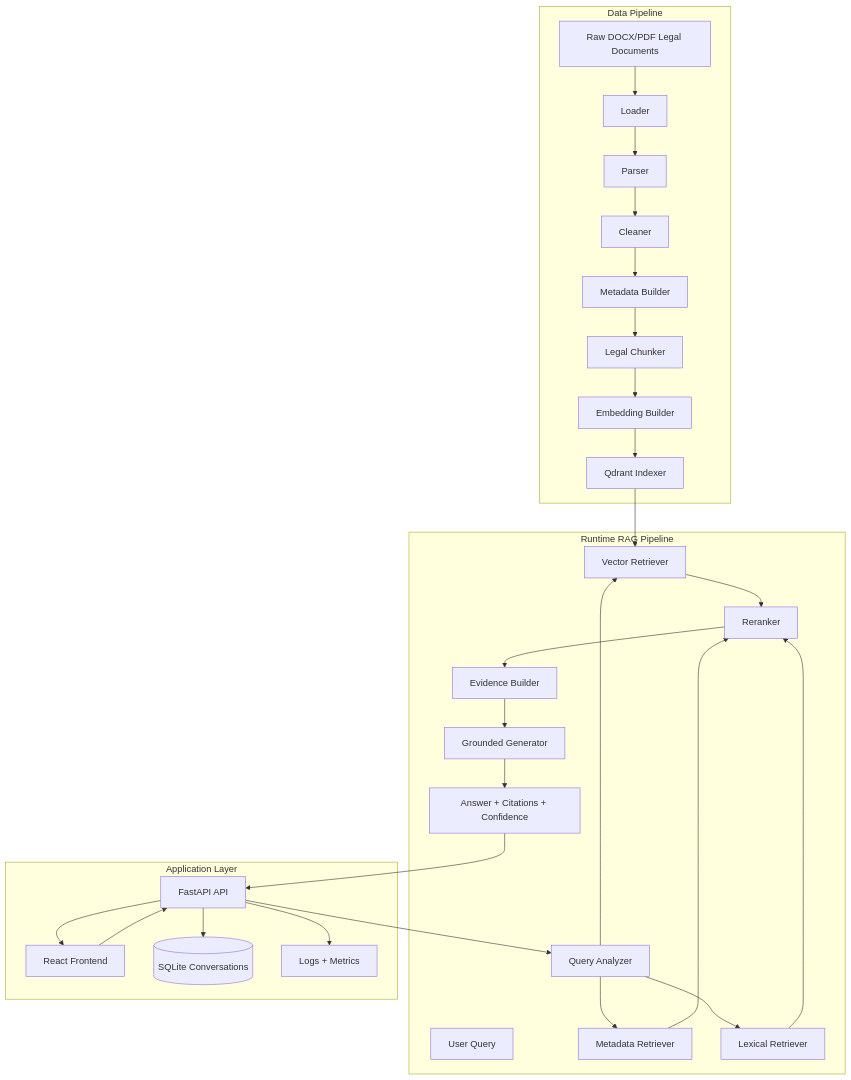
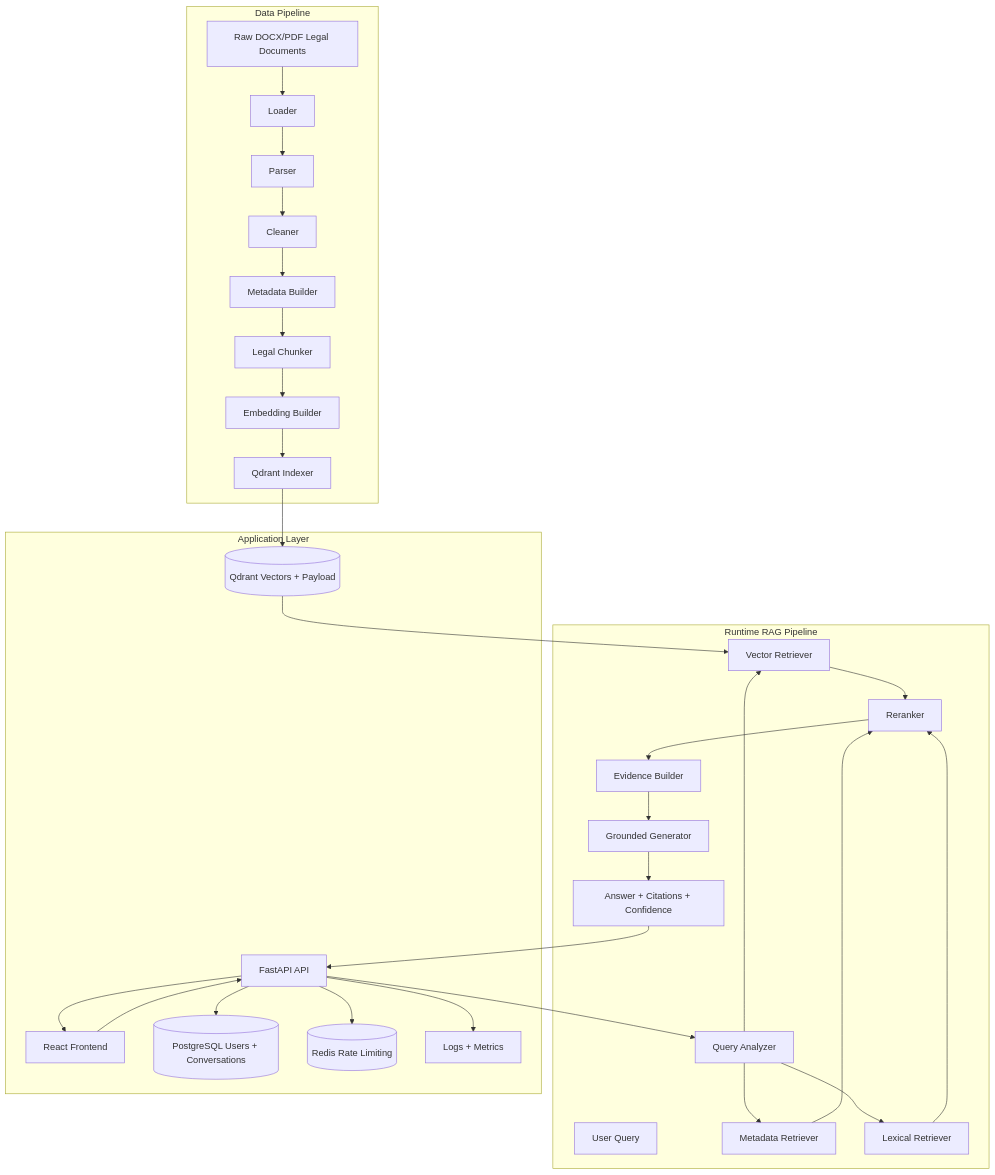
The diagram in docs/architecture.md (nbtt2k3/Vietnamese-Legal-RAG-Assistant), drawn with Mermaid before and after one commit. The commit also changed 68 other files, not shown here.

````diff
--- a/docs/architecture.md
+++ b/docs/architecture.md
@@ -7,46 +7,50 @@
 ```mermaid
 flowchart TD
     subgraph Data["Data Pipeline"]
         A[Raw DOCX/PDF Legal Documents]
         B[Loader]
         C[Parser]
         D[Cleaner]
         E[Metadata Builder]
         F[Legal Chunker]
         H[Embedding Builder]
         I[Qdrant Indexer]
     end
 
     subgraph Runtime["Runtime RAG Pipeline"]
         U[User Query]
         Q[Query Analyzer]
         M[Metadata Retriever]
         L[Lexical Retriever]
         V[Vector Retriever]
         R[Reranker]
         EB[Evidence Builder]
         G[Grounded Generator]
         O[Answer + Citations + Confidence]
     end
 
     subgraph App["Application Layer"]
         FE[React Frontend]
         API[FastAPI API]
-        DB[(SQLite Conversations)]
+        DB[(PostgreSQL Users + Conversations)]
+        REDIS[(Redis Rate Limiting)]
+        QD[(Qdrant Vectors + Payload)]
         OBS[Logs + Metrics]
     end
 
     A --> B --> C --> D --> E --> F --> H --> I
     FE --> API
     API --> Q
     Q --> M
     Q --> L
     Q --> V
-    I --> V
+    I --> QD
+    QD --> V
     M --> R
     L --> R
     V --> R
     R --> EB --> G --> O --> API --> FE
     API --> DB
+    API --> REDIS
     API --> OBS
 ```
````
